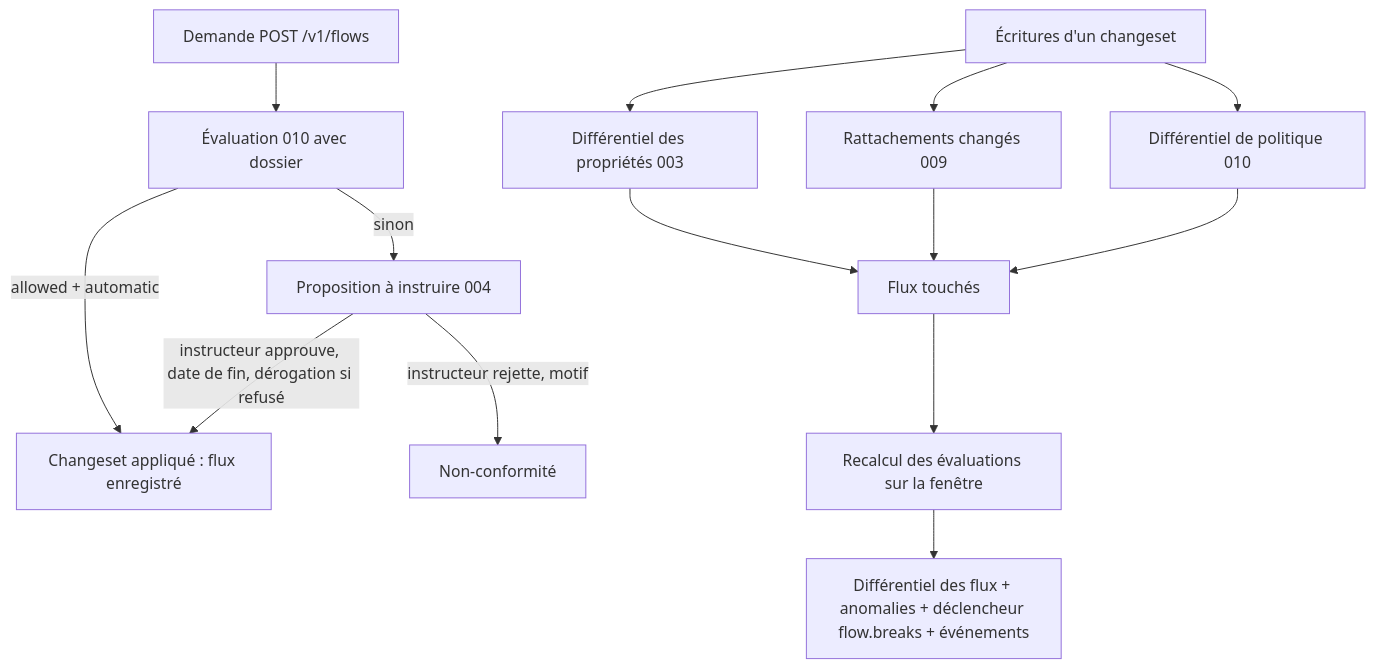
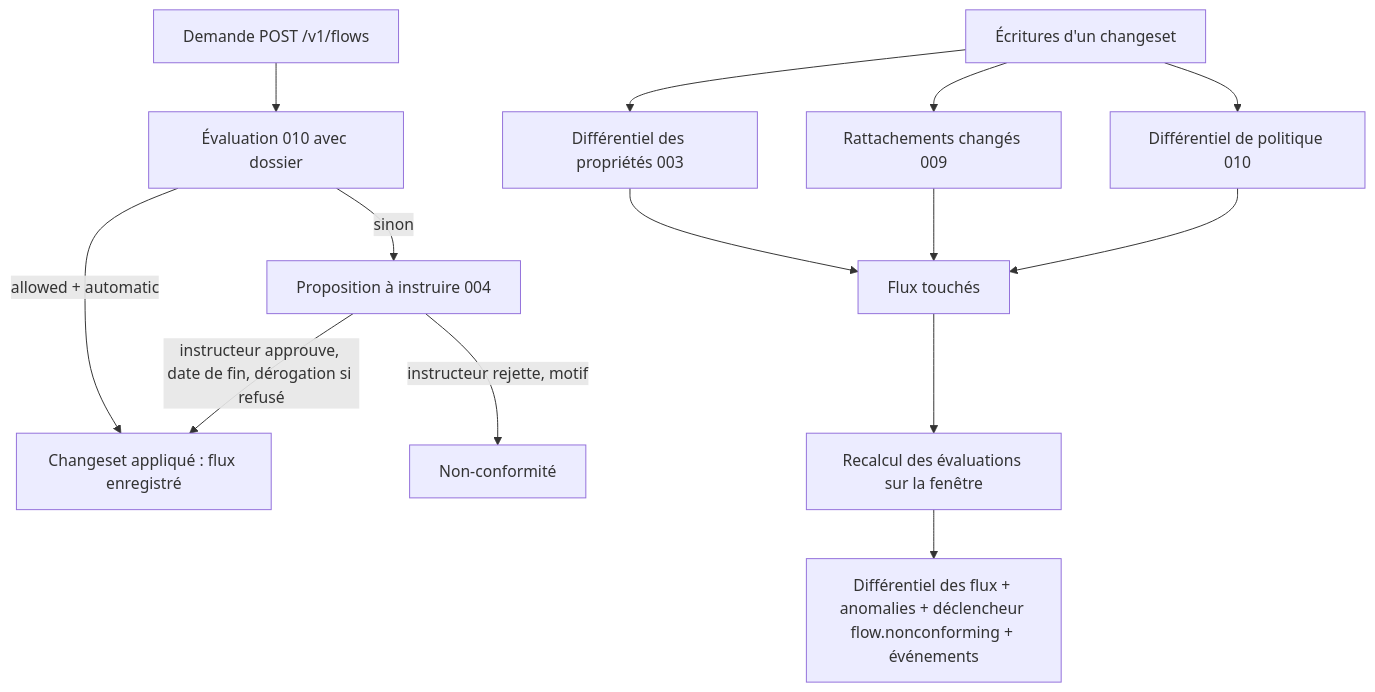
One commit to Cavernum/kartenn changed the diagram in specs/011-registre-flux/design.md. Above: the diagram before and after it, drawn with Mermaid. The commit also changed other lines of this file and 10 other files, not shown here.

First line of the commit message:
docs(011): conformity to the flow matrix replaces breaks and heals

````diff
--- a/specs/011-registre-flux/design.md
+++ b/specs/011-registre-flux/design.md
@@ -24,16 +24,16 @@
 ```mermaid
 flowchart TD
   D[Demande POST /v1/flows] --> E[Évaluation 010 avec dossier]
   E -->|allowed + automatic| A[Changeset appliqué : flux enregistré]
   E -->|sinon| P[Proposition à instruire 004]
   P -->|instructeur approuve, date de fin, dérogation si refusé| A
   P -->|instructeur rejette, motif| NC[Non-conformité]
   W[Écritures d'un changeset] --> P3[Différentiel des propriétés 003]
   W --> M9[Rattachements changés 009]
   W --> P10[Différentiel de politique 010]
   P3 --> T[Flux touchés]
   M9 --> T
   P10 --> T
   T --> R[Recalcul des évaluations sur la fenêtre]
-  R --> S[Différentiel des flux + anomalies + déclencheur flow.breaks + événements]
+  R --> S[Différentiel des flux + anomalies + déclencheur flow.nonconforming + événements]
 ```
````
